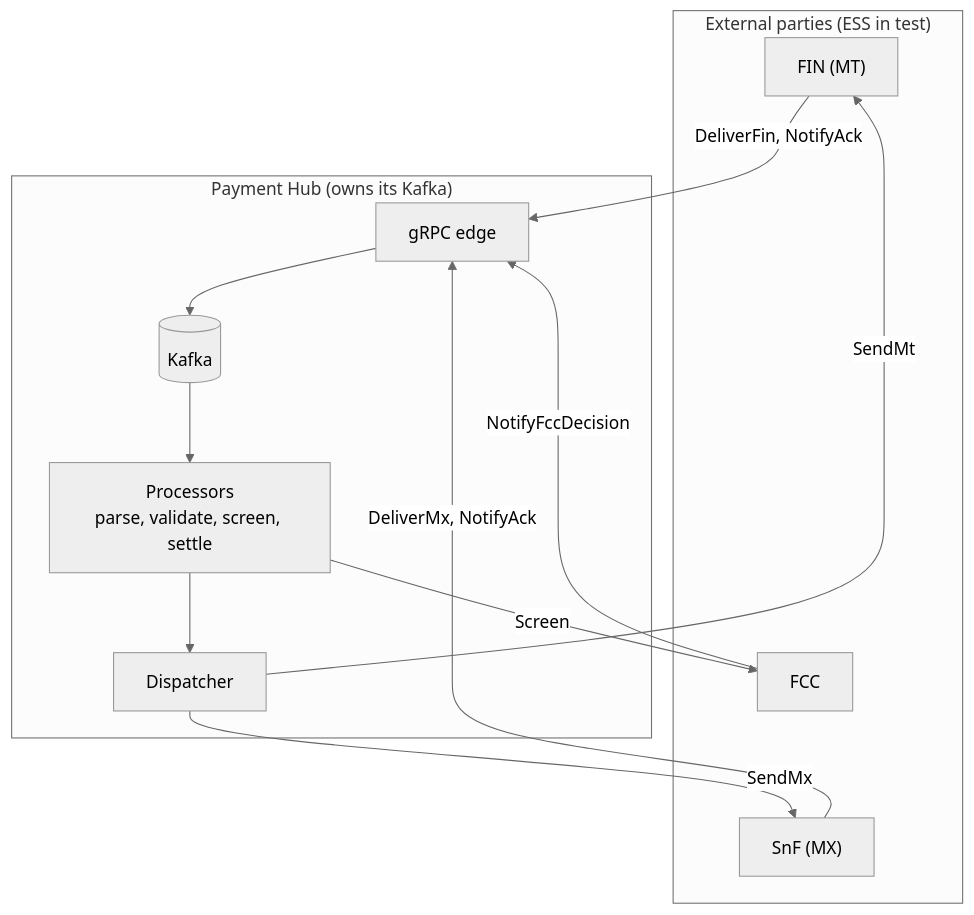
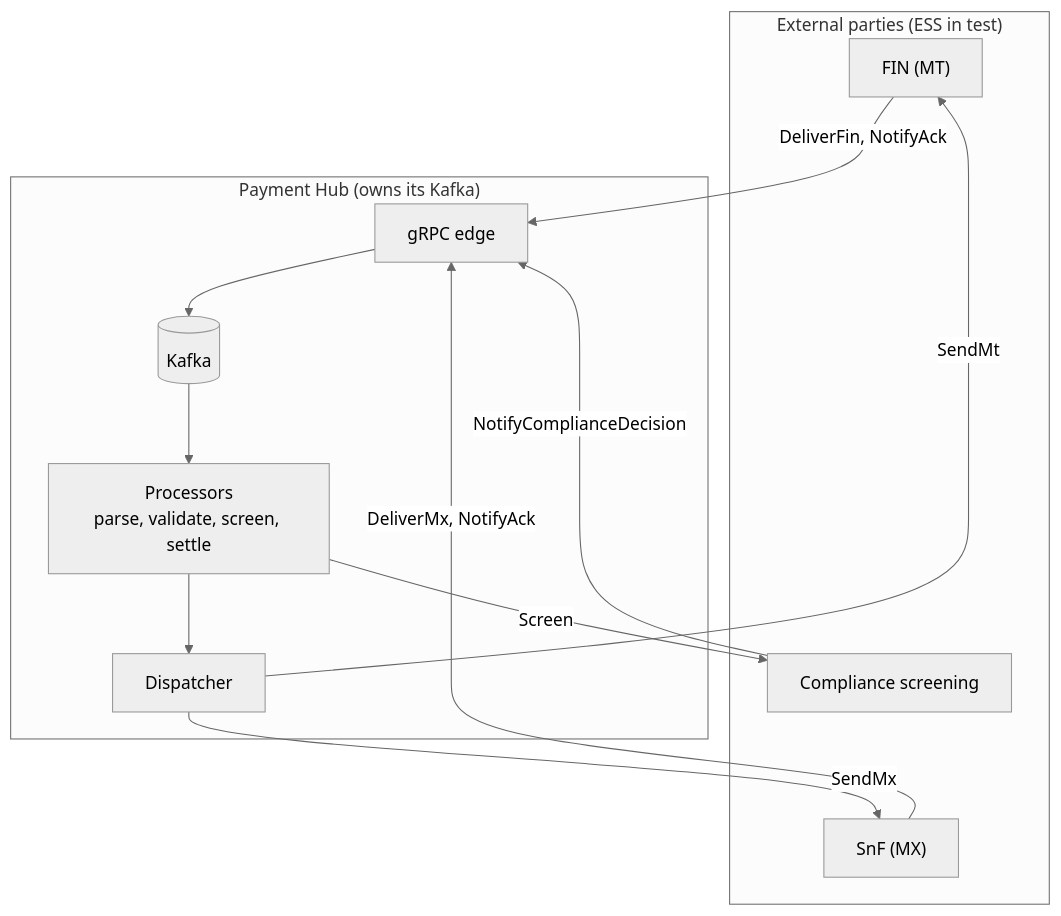
Before and after one commit to QMultiverse/PerfObservability: the second of 5 diagrams in docs/platform-design.md, drawn with Mermaid (neutral theme). The commit also changed other lines of this file and 158 other files, not shown here.

````diff
--- a/docs/platform-design.md
+++ b/docs/platform-design.md
@@ -66,17 +66,17 @@
 ```mermaid
 flowchart TB
   subgraph EXT["External parties (ESS in test)"]
     FIN["FIN (MT)"]
     SNF["SnF (MX)"]
-    FCC["FCC"]
+    CMP["Compliance screening"]
   end
   subgraph HUB["Payment Hub (owns its Kafka)"]
     EDGE["gRPC edge"] --> KAF[("Kafka")] --> PROC["Processors<br/>parse, validate, screen, settle"] --> DISP["Dispatcher"]
   end
   FIN -- "DeliverFin, NotifyAck" --> EDGE
   SNF -- "DeliverMx, NotifyAck" --> EDGE
-  FCC -- "NotifyFccDecision" --> EDGE
-  PROC -- "Screen" --> FCC
+  CMP -- "NotifyComplianceDecision" --> EDGE
+  PROC -- "Screen" --> CMP
   DISP -- "SendMt" --> FIN
   DISP -- "SendMx" --> SNF
 ```
````
